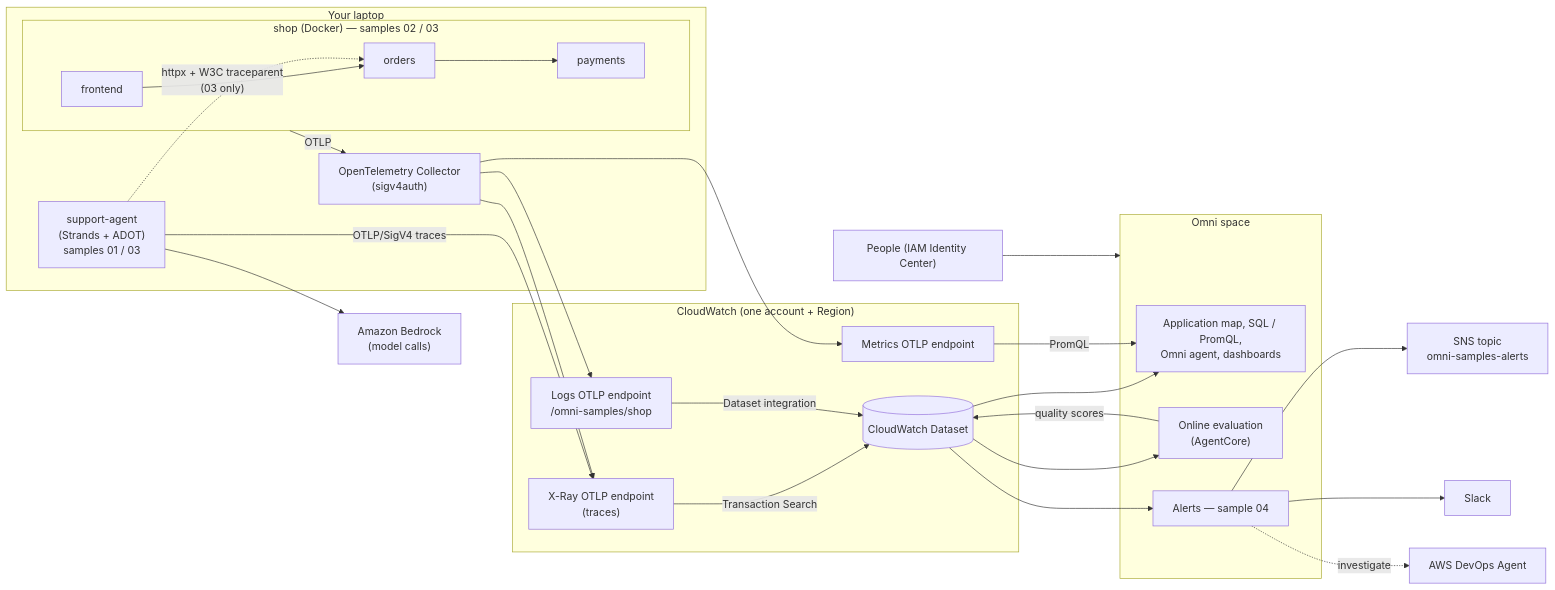
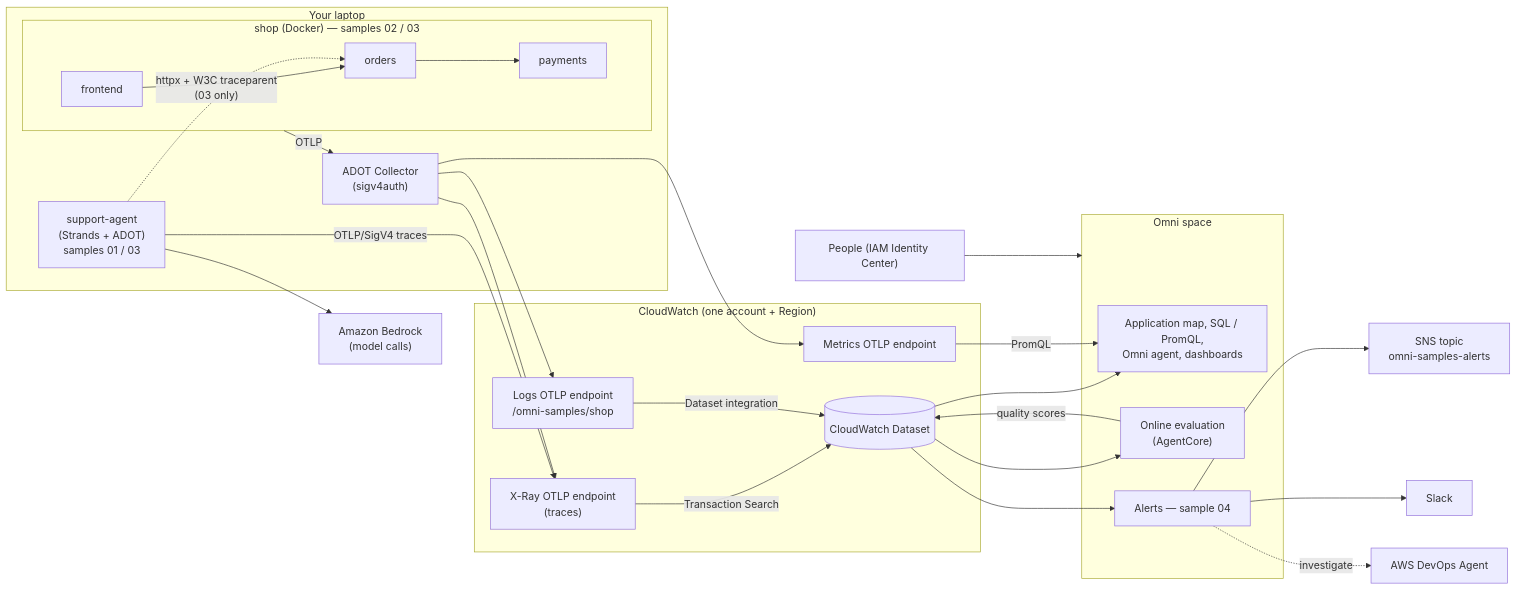
One commit to AnggaPradiktas/sample-apj-sup-sa changed the diagram in agentic-workloads/cloudwatch-omni-observability/README.md. Above: the diagram before and after it, drawn with Mermaid. The commit also changed other lines of this file and 2 other files, not shown here.

First line of the commit message:
fix(agentic-workloads): pull the omni collector from ECR Public

````diff
--- a/agentic-workloads/cloudwatch-omni-observability/README.md
+++ b/agentic-workloads/cloudwatch-omni-observability/README.md
@@ -67,46 +67,46 @@
 ```mermaid
 flowchart LR
     subgraph laptop["Your laptop"]
         agent["support-agent<br/>(Strands + ADOT)<br/>samples 01 / 03"]
         subgraph shop["shop (Docker) — samples 02 / 03"]
             frontend --> orders --> payments
         end
-        collector["OpenTelemetry Collector<br/>(sigv4auth)"]
+        collector["ADOT Collector<br/>(sigv4auth)"]
         agent -. "httpx + W3C traceparent<br/>(03 only)" .-> orders
         shop -- OTLP --> collector
     end
 
     bedrock["Amazon Bedrock<br/>(model calls)"]
     agent --> bedrock
 
     subgraph cw["CloudWatch (one account + Region)"]
         xray["X-Ray OTLP endpoint<br/>(traces)"]
         logs["Logs OTLP endpoint<br/>/omni-samples/shop"]
         metrics["Metrics OTLP endpoint"]
         dataset[("CloudWatch Dataset")]
         xray -- "Transaction Search" --> dataset
         logs -- "Dataset integration" --> dataset
     end
 
     agent -- "OTLP/SigV4 traces" --> xray
     collector --> xray
     collector --> logs
     collector --> metrics
 
     subgraph omni["Omni space"]
         explore["Application map, SQL / PromQL,<br/>Omni agent, dashboards"]
         evals["Online evaluation<br/>(AgentCore)"]
         alerts["Alerts — sample 04"]
     end
 
     dataset --> explore
     metrics -- PromQL --> explore
     dataset --> evals
     evals -- "quality scores" --> dataset
     dataset --> alerts
     alerts --> sns["SNS topic<br/>omni-samples-alerts"]
     alerts --> slack["Slack"]
     alerts -. "investigate" .-> devops["AWS DevOps Agent"]
 
     users["People (IAM Identity Center)"] --> omni
 ```
````
